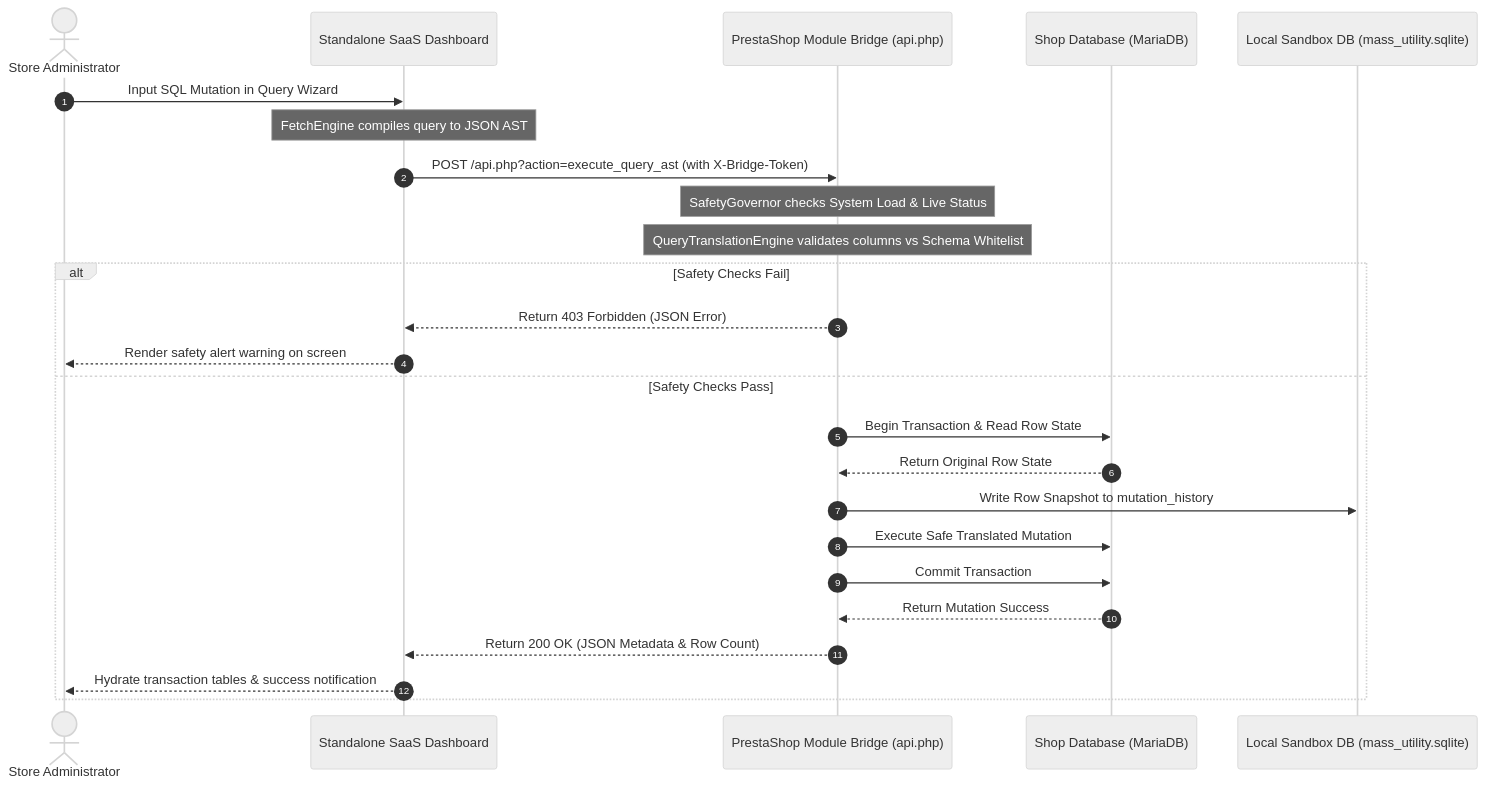
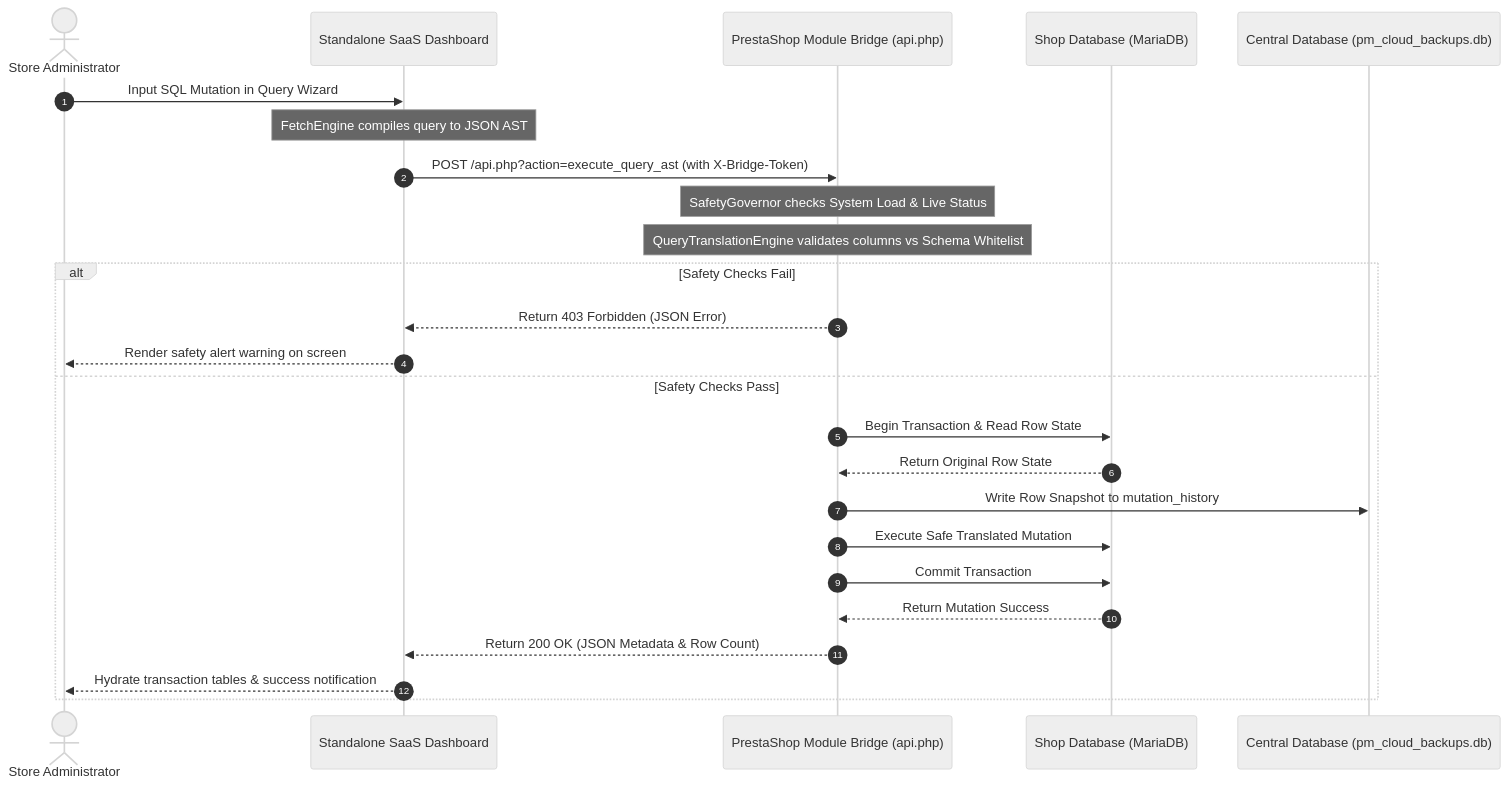
The diagram in README.md (calin-m/Mass-Utility), drawn with Mermaid (neutral theme) before and after one commit. The commit also changed other lines of this file and 6 other files, not shown here.

````diff
--- a/README.md
+++ b/README.md
@@ -13,28 +13,28 @@
 ```mermaid
 sequenceDiagram
     autonumber
     actor Admin as Store Administrator
     participant Dashboard as Standalone SaaS Dashboard
     participant Bridge as PrestaShop Module Bridge (api.php)
     participant MySQL as Shop Database (MariaDB)
-    participant SQLite as Local Sandbox DB (mass_utility.sqlite)
+    participant SQLite as Central Database (pm_cloud_backups.db)
 
     Admin->>Dashboard: Input SQL Mutation in Query Wizard
     Note over Dashboard: FetchEngine compiles query to JSON AST
     Dashboard->>Bridge: POST /api.php?action=execute_query_ast (with X-Bridge-Token)
     Note over Bridge: SafetyGovernor checks System Load & Live Status
     Note over Bridge: QueryTranslationEngine validates columns vs Schema Whitelist
     alt Safety Checks Fail
         Bridge-->>Dashboard: Return 403 Forbidden (JSON Error)
         Dashboard-->>Admin: Render safety alert warning on screen
     else Safety Checks Pass
         Bridge->>MySQL: Begin Transaction & Read Row State
         MySQL-->>Bridge: Return Original Row State
         Bridge->>SQLite: Write Row Snapshot to mutation_history
         Bridge->>MySQL: Execute Safe Translated Mutation
         Bridge->>MySQL: Commit Transaction
         MySQL-->>Bridge: Return Mutation Success
         Bridge-->>Dashboard: Return 200 OK (JSON Metadata & Row Count)
         Dashboard-->>Admin: Hydrate transaction tables & success notification
     end
 ```
````
